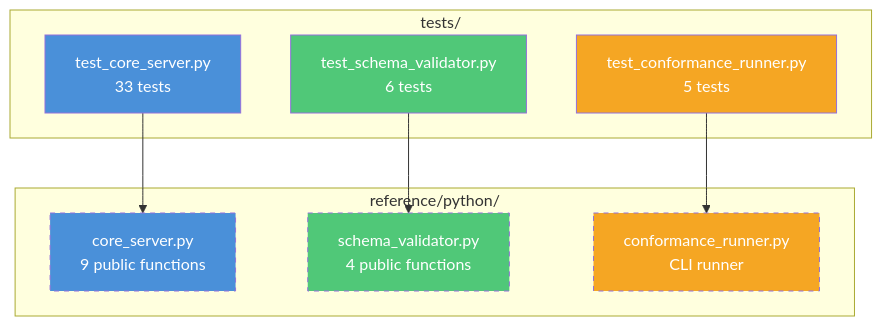
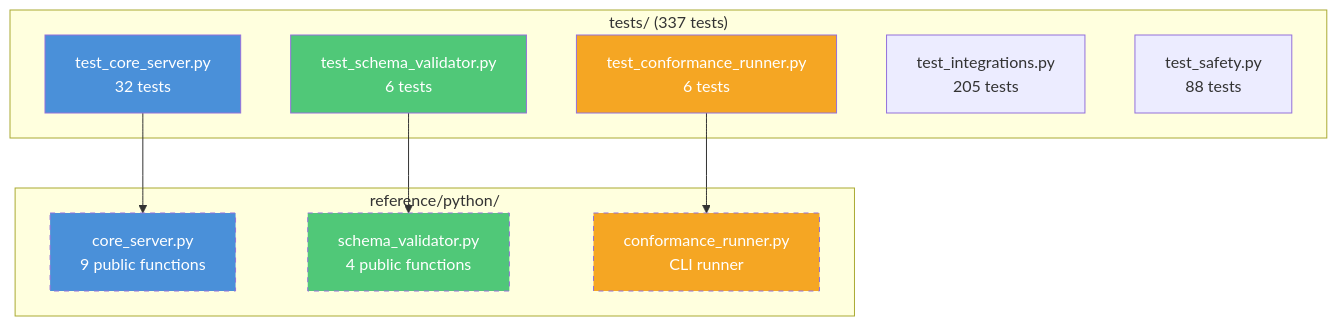
One commit to kevinkawchak/national-mcp-pai-oncology-trials changed the fifth of 13 diagrams in README.md. Above: the diagram before and after it, drawn with Mermaid. The commit also changed other lines of this file and 6 other files, not shown here.

````diff
--- a/README.md
+++ b/README.md
@@ -594,25 +594,27 @@
 ```mermaid
 graph TB
-  subgraph "tests/"
-    TCS[test_core_server.py<br/>33 tests]
+  subgraph "tests/ (337 tests)"
+    TCS[test_core_server.py<br/>32 tests]
     TSV[test_schema_validator.py<br/>6 tests]
-    TCR[test_conformance_runner.py<br/>5 tests]
+    TCR[test_conformance_runner.py<br/>6 tests]
+    TI[test_integrations.py<br/>205 tests]
+    TS[test_safety.py<br/>88 tests]
   end
 
   subgraph "reference/python/"
     CS[core_server.py<br/>9 public functions]
     SV[schema_validator.py<br/>4 public functions]
     CR[conformance_runner.py<br/>CLI runner]
   end
 
   TCS --> CS
   TSV --> SV
   TCR --> CR
 
   style TCS fill:#4A90D9,color:#fff
   style TSV fill:#50C878,color:#fff
   style TCR fill:#F5A623,color:#fff
   style CS fill:#4A90D9,color:#fff,stroke-dasharray:5
   style SV fill:#50C878,color:#fff,stroke-dasharray:5
   style CR fill:#F5A623,color:#fff,stroke-dasharray:5
 ```
````
